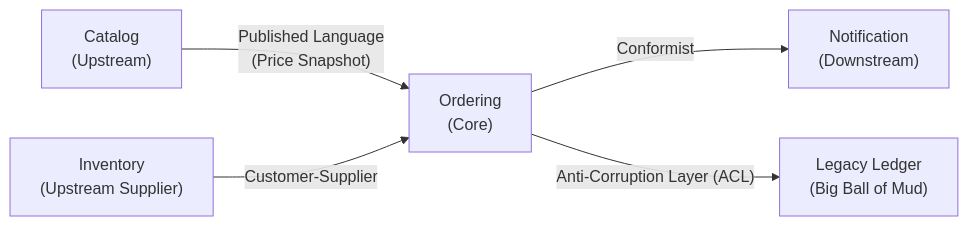
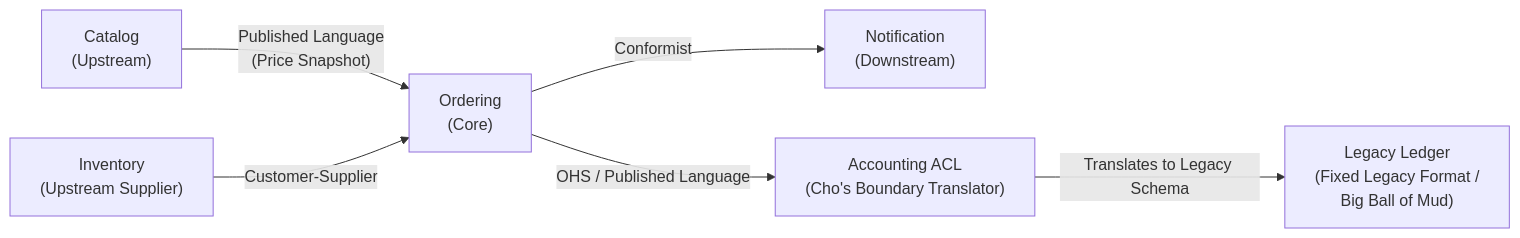
The second of 3 diagrams in sa/ddd_deep_dive_supplement.md (fightlightdiamond/uml-2026), drawn with Mermaid before and after one commit. The commit also changed other lines of this file and 15 other files, not shown here.

````diff
--- a/sa/ddd_deep_dive_supplement.md
+++ b/sa/ddd_deep_dive_supplement.md
@@ -42,13 +42,15 @@
 ```mermaid
 flowchart LR
     Catalog["Catalog<br/>(Upstream)"]
     Ordering["Ordering<br/>(Core)"]
     Inventory["Inventory<br/>(Upstream Supplier)"]
     Notify["Notification<br/>(Downstream)"]
-    Ledger["Legacy Ledger<br/>(Big Ball of Mud)"]
+    ACL["Accounting ACL<br/>(Cho's Boundary Translator)"]
+    Ledger["Legacy Ledger<br/>(Fixed Legacy Format /<br/>Big Ball of Mud)"]
 
     Catalog -->|"Published Language<br/>(Price Snapshot)"| Ordering
     Inventory -->|"Customer-Supplier"| Ordering
     Ordering -->|"Conformist"| Notify
-    Ordering -->|"Anti-Corruption Layer (ACL)"| Ledger
+    Ordering -->|"OHS / Published Language"| ACL
+    ACL -->|"Translates to Legacy Schema"| Ledger
 ```
````
